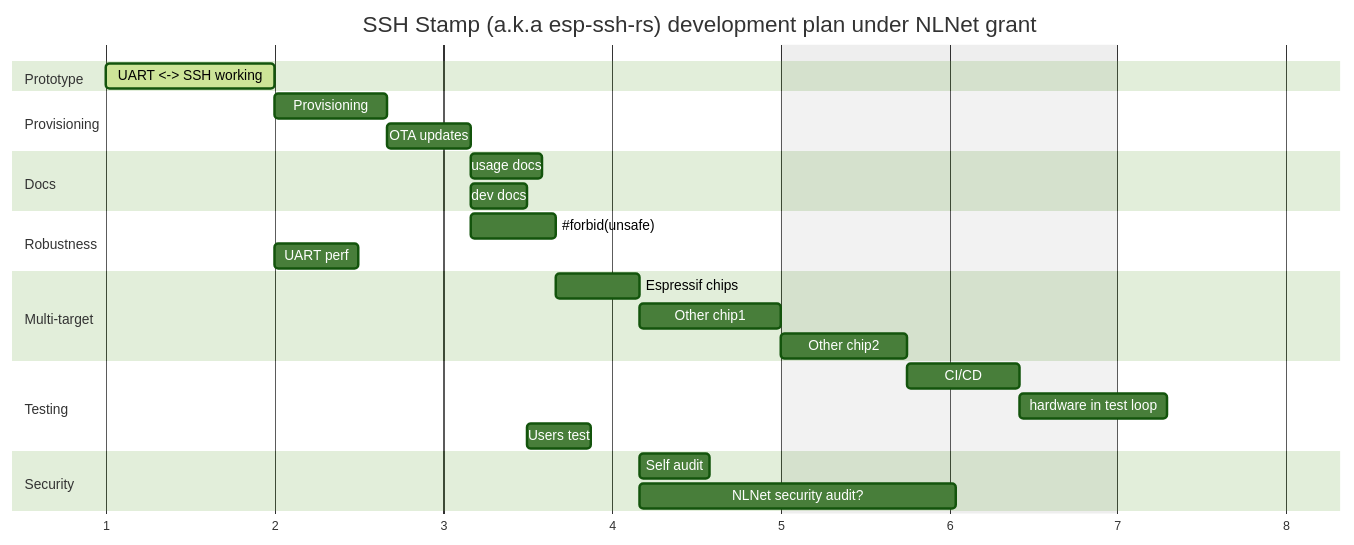
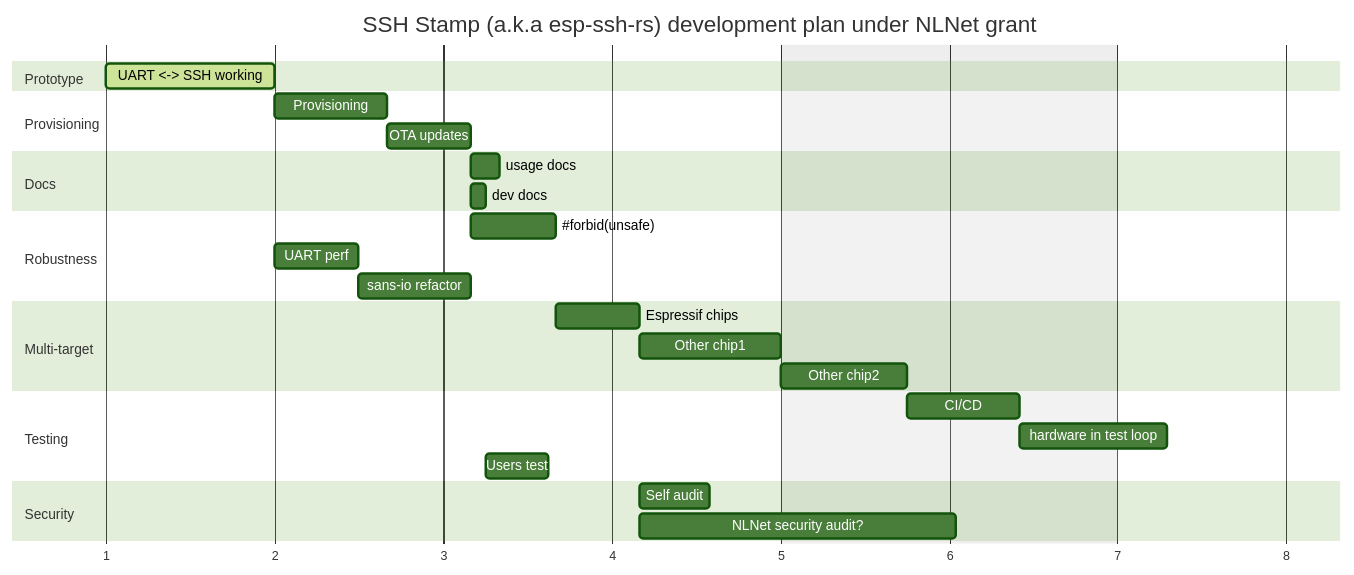
Before and after one commit to brainstorm/ssh-stamp: the diagram in docs/nlnet/gantt.md, drawn with Mermaid (forest theme).

Commit message:
Add sans-io gantt estimation

````diff
--- a/docs/nlnet/gantt.md
+++ b/docs/nlnet/gantt.md
@@ -1,32 +1,33 @@
 ```mermaid
 gantt
     title SSH Stamp (a.k.a esp-ssh-rs) development plan under NLNet grant
     dateFormat YYYY-MM-DD
     excludes weekends
     tickInterval 1day
     weekday monday
     todayMarker off
     axisFormat %e
     section Prototype
         UART <-> SSH working    :      active, uart_ssh, 2025-04-01, 24h
     section Provisioning
         Provisioning            :      prov, after uart_ssh, 16h
         OTA updates             :      ota, after prov, 12h
     section Docs
-        usage docs              :      usage_docs, after ota, 10h
-        dev docs                :      dev_docs, after ota, 8h
+        usage docs              :      usage_docs, after ota, 4h
+        dev docs                :      dev_docs, after ota, 2h
     section Robustness
         #forbid(unsafe)         :      no_unsafe, after ota, 12h
         UART perf               :      uart_intr, after uart_ssh, 12h
+        sans-io refactor        :      sans_io, after uart_intr, 16h
     section Multi-target
         Espressif chips         :      all_espressif, after no_unsafe, 12h
         Other chip1             :      chip1, after all_espressif, 20h
         Other chip2             :      chip2, after chip1, 18h
     section Testing
         CI/CD                   :      ci, after chip2, 16h
         hardware in test loop   :      HIL, after ci, 21h
         Users test              :      user_tests, after dev_docs, 9h
     section Security
         Self audit              :      self_sec_audit, after all_espressif, 10h
         NLNet security audit?   :      nlnet_sec_audit, after all_espressif, 45h
 ```
````
